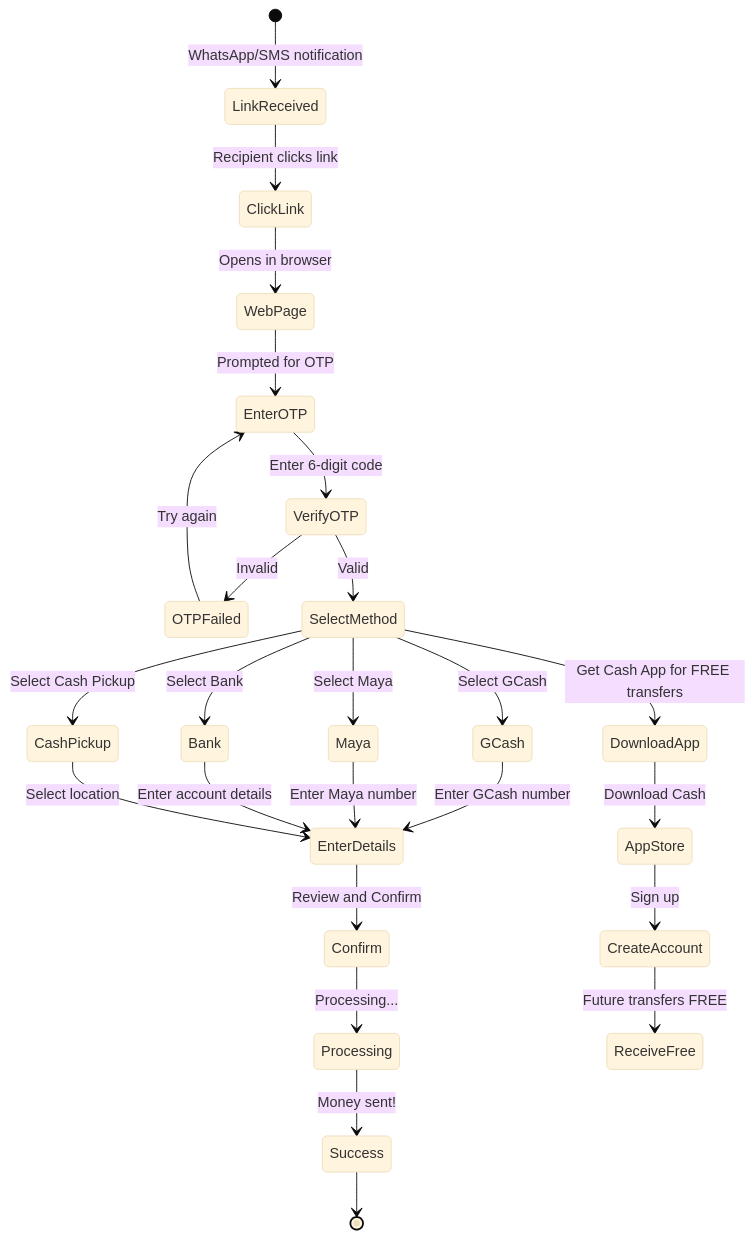
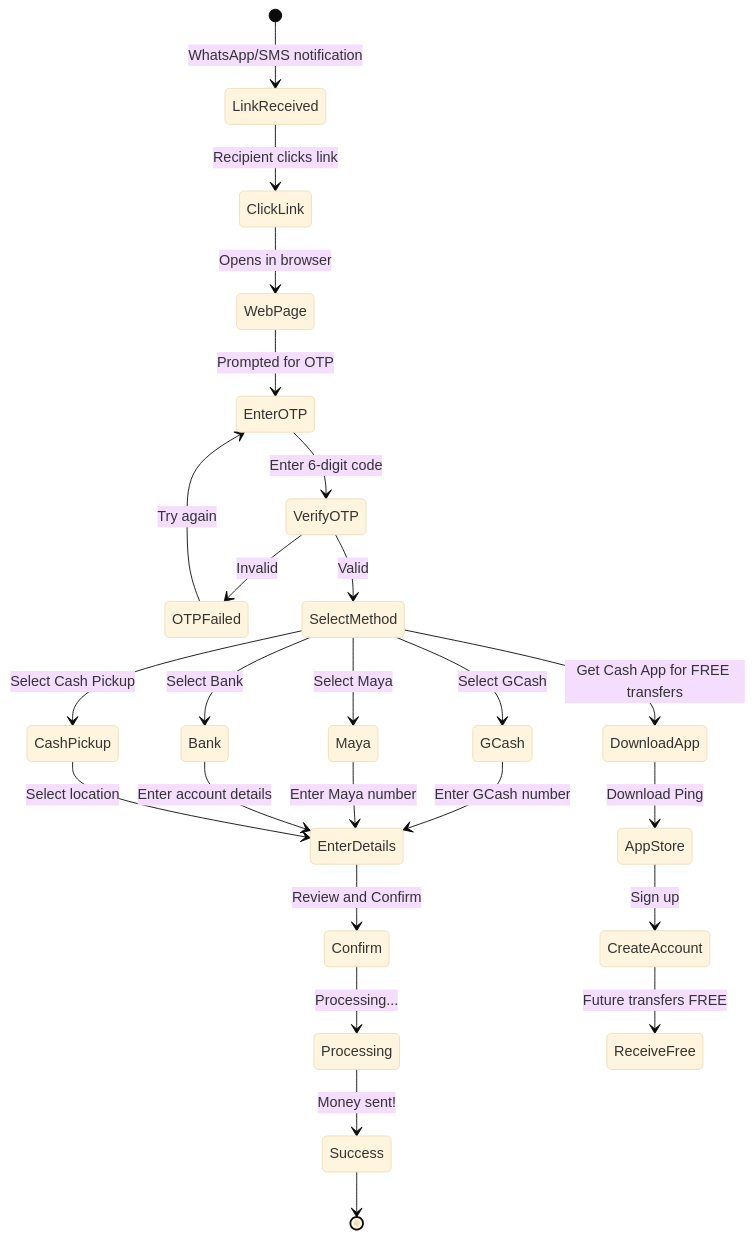
One commit to ping-cash/ping-cash changed the eighth of 11 diagrams in docs/FLOWS.md. Above: the diagram before and after it, drawn with Mermaid (base theme). The commit also changed other lines of this file and 38 other files, not shown here.

First line of the commit message:
chore: rebrand Cash → Ping; migrate to ping-cash/ping-cash

````diff
--- a/docs/FLOWS.md
+++ b/docs/FLOWS.md
@@ -365,36 +365,36 @@
 ```mermaid
 stateDiagram-v2
     [*] --> LinkReceived: WhatsApp/SMS notification
 
     LinkReceived --> ClickLink: Recipient clicks link
     ClickLink --> WebPage: Opens in browser
 
     WebPage --> EnterOTP: Prompted for OTP
     EnterOTP --> VerifyOTP: Enter 6-digit code
 
     VerifyOTP --> OTPFailed: Invalid
     OTPFailed --> EnterOTP: Try again
 
     VerifyOTP --> SelectMethod: Valid
 
     SelectMethod --> GCash: Select GCash
     SelectMethod --> Maya: Select Maya
     SelectMethod --> Bank: Select Bank
     SelectMethod --> CashPickup: Select Cash Pickup
     SelectMethod --> DownloadApp: Get Cash App for FREE transfers
 
     GCash --> EnterDetails: Enter GCash number
     Maya --> EnterDetails: Enter Maya number
     Bank --> EnterDetails: Enter account details
     CashPickup --> EnterDetails: Select location
 
     EnterDetails --> Confirm: Review and Confirm
     Confirm --> Processing: Processing...
 
     Processing --> Success: Money sent!
     Success --> [*]
 
-    DownloadApp --> AppStore: Download Cash
+    DownloadApp --> AppStore: Download Ping
     AppStore --> CreateAccount: Sign up
     CreateAccount --> ReceiveFree: Future transfers FREE
 ```
````
